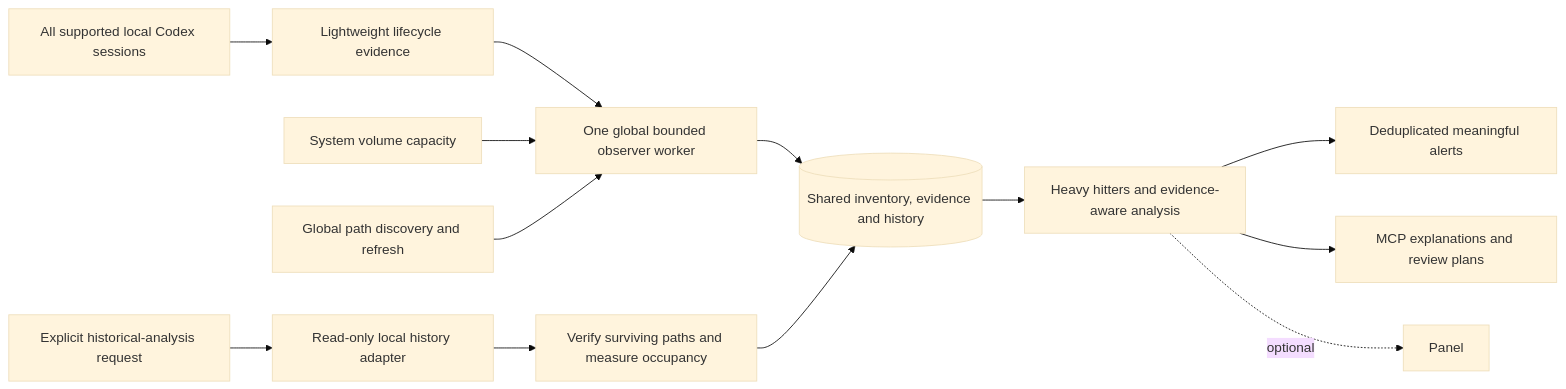
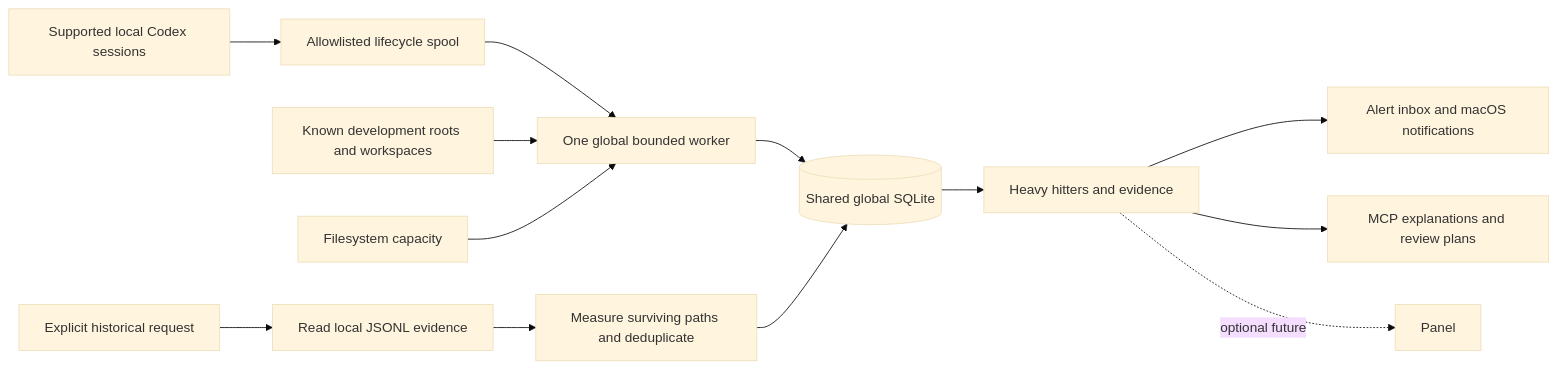
One commit to wxy/WXY-Codex-Plugins changed the diagram in plugins/codex-footprint/docs/architecture.md. Above: the diagram before and after it, drawn with Mermaid (base theme). The commit also changed other lines of this file and 28 other files, not shown here.

Commit message:
Add global storage monitoring and explicit historical analysis

````diff
--- a/plugins/codex-footprint/docs/architecture.md
+++ b/plugins/codex-footprint/docs/architecture.md
@@ -61,15 +5,15 @@
 ```mermaid
 flowchart LR
-  C[All supported local Codex sessions] --> H[Lightweight lifecycle evidence]
-  H --> W[One global bounded observer worker]
-  V[System volume capacity] --> W
-  D[Global path discovery and refresh] --> W
-  W --> DB[(Shared inventory, evidence and history)]
-  U[Explicit historical-analysis request] --> A[Read-only local history adapter]
-  A --> X[Verify surviving paths and measure occupancy]
+  C[Supported local Codex sessions] --> H[Allowlisted lifecycle spool]
+  H --> W[One global bounded worker]
+  D[Known development roots and workspaces] --> W
+  V[Filesystem capacity] --> W
+  W --> DB[(Shared global SQLite)]
+  U[Explicit historical request] --> A[Read local JSONL evidence]
+  A --> X[Measure surviving paths and deduplicate]
   X --> DB
-  DB --> E[Heavy hitters and evidence-aware analysis]
-  E --> N[Deduplicated meaningful alerts]
+  DB --> E[Heavy hitters and evidence]
+  E --> N[Alert inbox and macOS notifications]
   E --> M[MCP explanations and review plans]
-  E -. optional .-> P[Panel]
+  E -. optional future .-> P[Panel]
 ```
````
